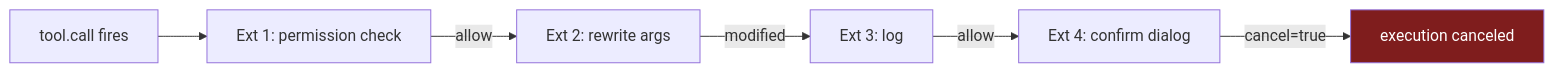
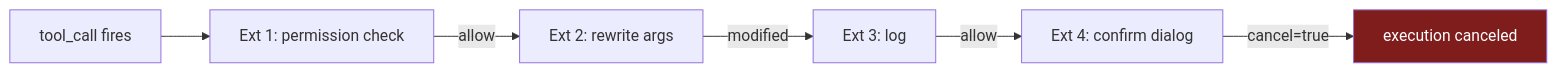
Before and after one commit to DaviRain-Su/pi-mono-zig: the sixth of 7 diagrams in zig/docs/book/en/guide/extensions.md, drawn with Mermaid. The commit also changed other lines of this file and 14 other files, not shown here.

Commit message:
docs: refresh phase 1 extension roadmap

````diff
--- a/zig/docs/book/en/guide/extensions.md
+++ b/zig/docs/book/en/guide/extensions.md
@@ -261,10 +263,10 @@
 ```mermaid
 flowchart LR
-    Call[tool.call fires] --> E1[Ext 1: permission check]
+    Call[tool_call fires] --> E1[Ext 1: permission check]
     E1 -->|allow| E2[Ext 2: rewrite args]
     E2 -->|modified| E3[Ext 3: log]
     E3 -->|allow| E4[Ext 4: confirm dialog]
     E4 -->|cancel=true| Stop[execution canceled]
 
     style Stop fill:#7f1d1d,color:#fff
 ```
````
